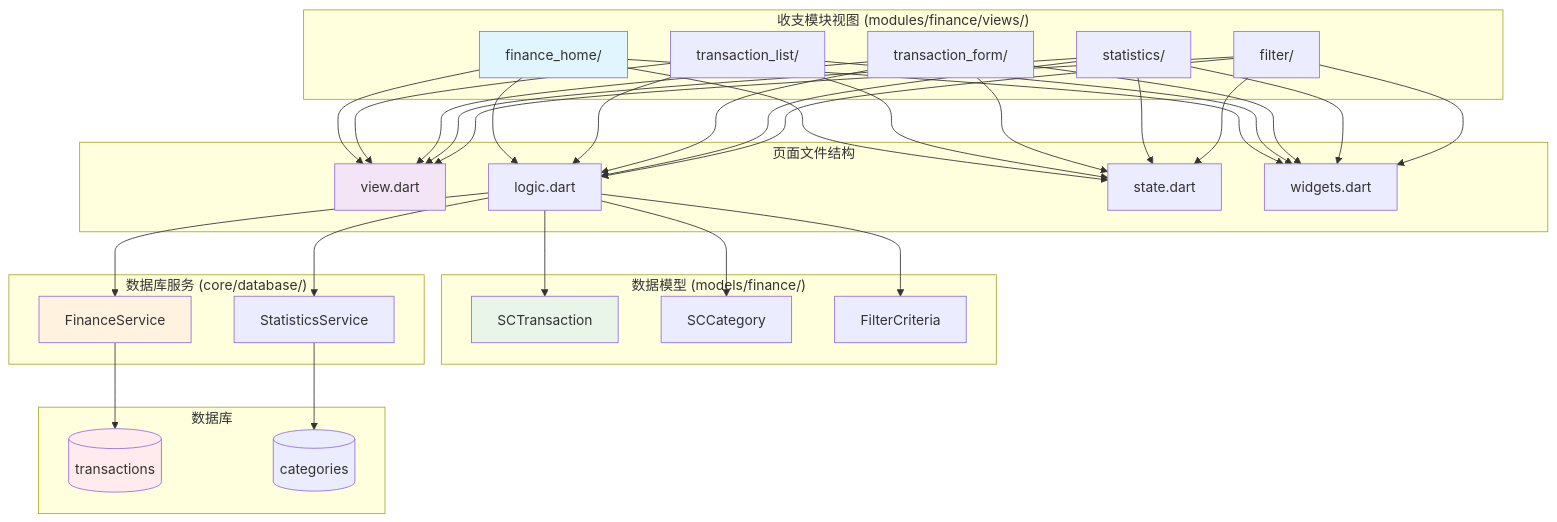
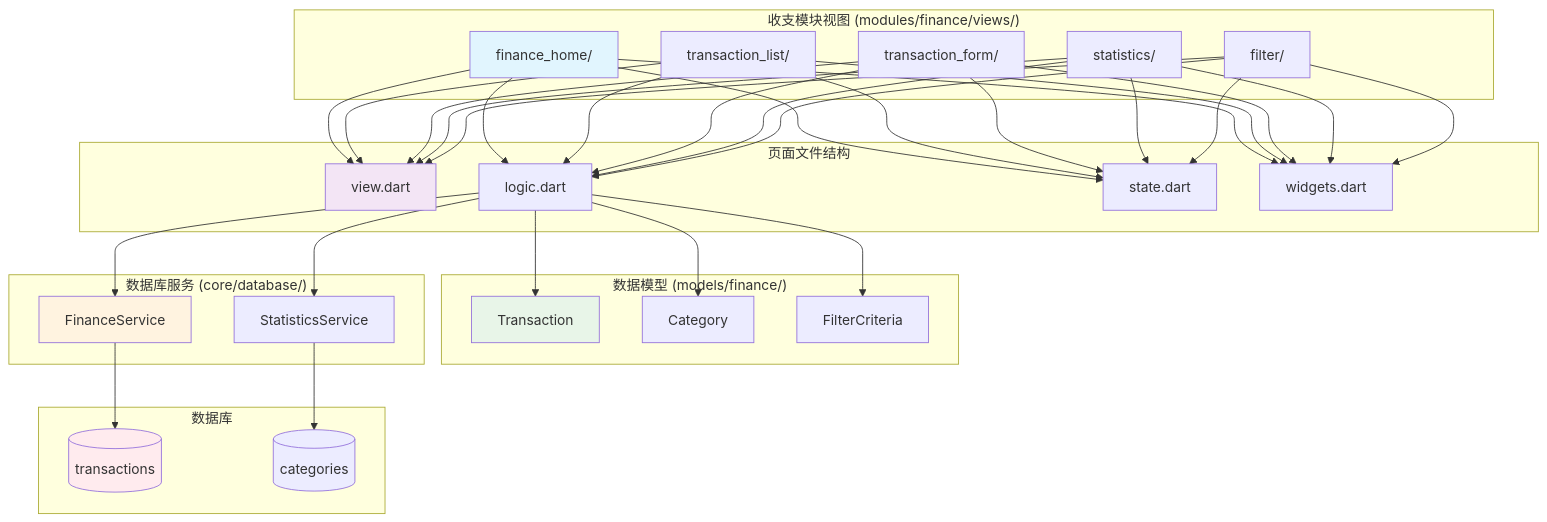
One commit to SnailDong/liferecord changed the seventh of 10 diagrams in LifeRecord_Design_Document.md. Above: the diagram before and after it, drawn with Mermaid. The commit also changed other lines of this file, not shown here.

````diff
--- a/LifeRecord_Design_Document.md
+++ b/LifeRecord_Design_Document.md
@@ -1364,74 +2064,74 @@
 ```mermaid
 graph TB
     subgraph "收支模块视图 (modules/finance/views/)"
         A1[finance_home/]
         A2[transaction_list/]
         A3[transaction_form/]
         A4[statistics/]
         A5[filter/]
     end
 
     subgraph "页面文件结构"
         B1[view.dart]
         B2[logic.dart]
         B3[state.dart]
         B4[widgets.dart]
     end
 
     subgraph "数据模型 (models/finance/)"
-        C1[SCTransaction]
-        C2[SCCategory]
+        C1[Transaction]
+        C2[Category]
         C3[FilterCriteria]
     end
 
     subgraph "数据库服务 (core/database/)"
         D1[FinanceService]
         D2[StatisticsService]
     end
 
     subgraph "数据库"
         E1[(transactions)]
         E2[(categories)]
     end
 
     A1 --> B1
     A1 --> B2
     A1 --> B3
     A1 --> B4
 
     A2 --> B1
     A2 --> B2
     A2 --> B3
     A2 --> B4
 
     A3 --> B1
     A3 --> B2
     A3 --> B3
     A3 --> B4
 
     A4 --> B1
     A4 --> B2
     A4 --> B3
     A4 --> B4
 
     A5 --> B1
     A5 --> B2
     A5 --> B3
     A5 --> B4
 
     B2 --> C1
     B2 --> C2
     B2 --> C3
 
     B2 --> D1
     B2 --> D2
 
     D1 --> E1
     D2 --> E2
 
     style A1 fill:#e1f5fe
     style B1 fill:#f3e5f5
     style C1 fill:#e8f5e8
     style D1 fill:#fff3e0
     style E1 fill:#ffebee
 ```
````
